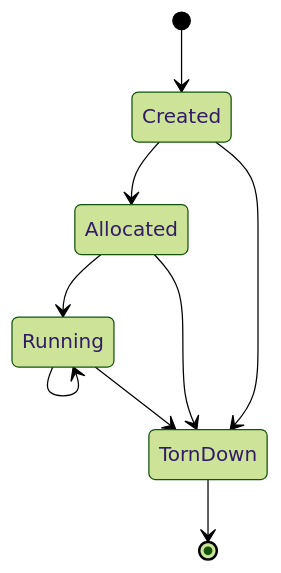
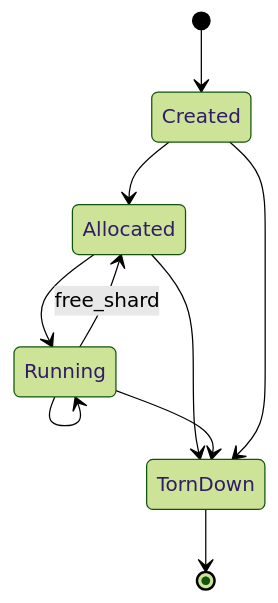
Before and after one commit to H4V1K-dev/axicor_enterprise: the diagram in docs/engine/spec_L3/compute_spec.md, drawn with Mermaid (forest theme). The commit also changed other lines of this file and 7 other files, not shown here.

````diff
--- a/docs/engine/spec_L3/compute_spec.md
+++ b/docs/engine/spec_L3/compute_spec.md
@@ -102,11 +95,12 @@
 ```mermaid
 stateDiagram-v2
     [*] --> Created
     Created --> Allocated
     Allocated --> Running
     Running --> Running
+    Running --> Allocated: free_shard
+    Allocated --> TornDown
     Running --> TornDown
-    Allocated --> TornDown
     Created --> TornDown
     TornDown --> [*]
 ```
````
